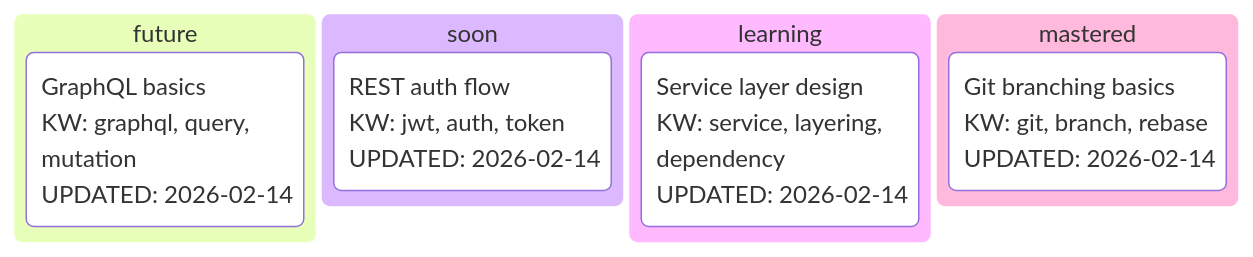
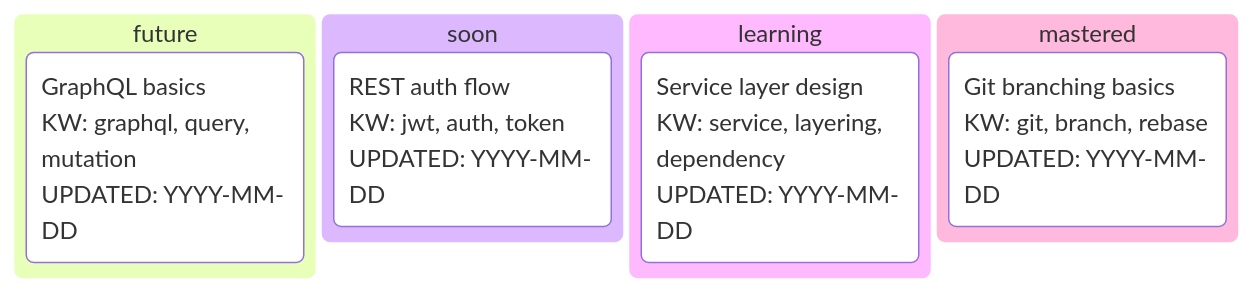
Before and after one commit to guanyu-gerry-tao/skill-mentor-guided-learning: the diagram in mentor-guided-learning/assets/LEARNING-template/mastery-map.md, drawn with Mermaid. The commit also changed 11 other files, not shown here.

````diff
--- a/mentor-guided-learning/assets/LEARNING-template/mastery-map.md
+++ b/mentor-guided-learning/assets/LEARNING-template/mastery-map.md
@@ -3,22 +3,22 @@
 ```mermaid
 kanban
     future[future]
         [GraphQL basics
         KW: graphql, query, mutation
-        UPDATED: 2026-02-14]
+        UPDATED: YYYY-MM-DD]
 
     soon[soon]
         [REST auth flow
         KW: jwt, auth, token
-        UPDATED: 2026-02-14]
+        UPDATED: YYYY-MM-DD]
 
     learning[learning]
         [Service layer design
         KW: service, layering, dependency
-        UPDATED: 2026-02-14]
+        UPDATED: YYYY-MM-DD]
 
-    done[mastered]
+    mastered[mastered]
         [Git branching basics
         KW: git, branch, rebase
-        UPDATED: 2026-02-14]
+        UPDATED: YYYY-MM-DD]
 ```
````
